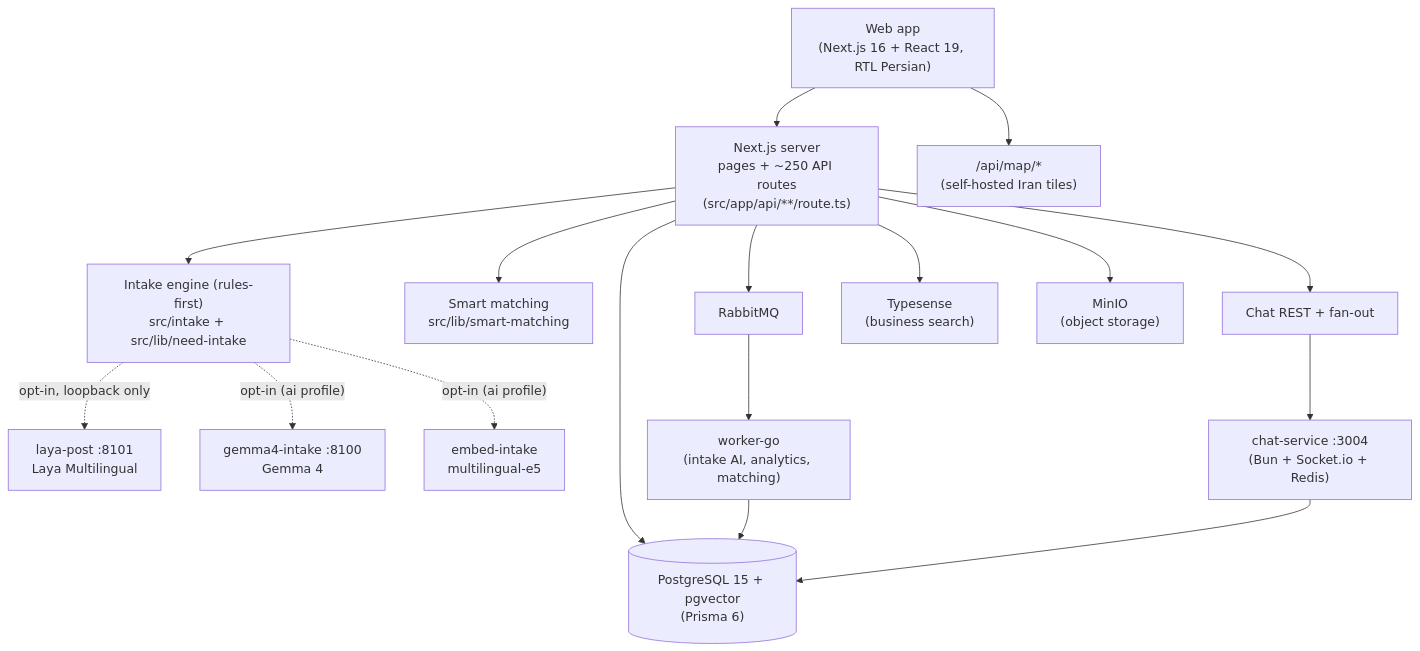
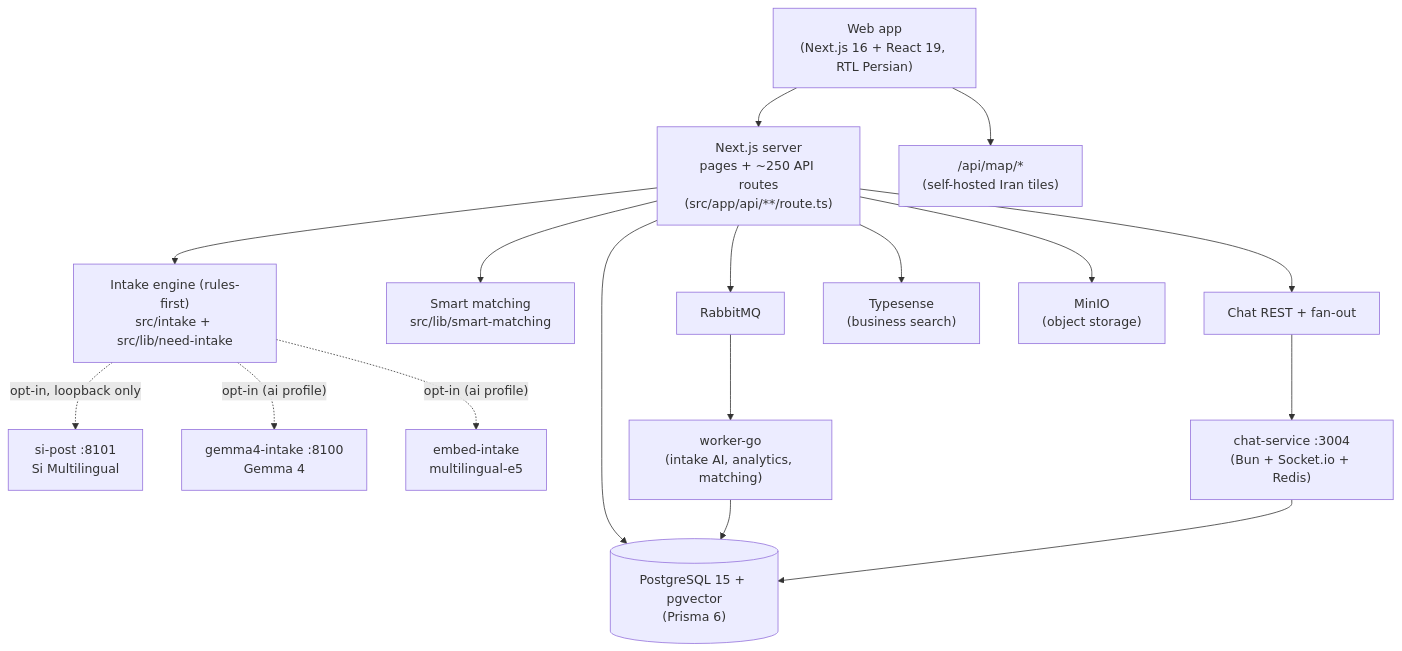
Before and after one commit to sasanappstore2/NiazFinder-main: the diagram in README.md, drawn with Mermaid. The commit also changed other lines of this file and 155 other files, not shown here.

Commit message:
refactor: rename Laya Multilingual worker to NIAZ SI (si-post)

````diff
--- a/README.md
+++ b/README.md
@@ -45,25 +56,25 @@
 ```mermaid
 flowchart TB
     Browser["Web app<br/>(Next.js 16 + React 19, RTL Persian)"] --> Next["Next.js server<br/>pages + ~250 API routes<br/>(src/app/api/**/route.ts)"]
 
     Next --> Intake["Intake engine (rules-first)<br/>src/intake + src/lib/need-intake"]
     Next --> Match["Smart matching<br/>src/lib/smart-matching"]
     Next --> ChatREST["Chat REST + fan-out"]
     Next --> DB[("PostgreSQL 15 + pgvector<br/>(Prisma 6)")]
 
-    Intake -.->|"opt-in, loopback only"| Laya["laya-post :8101<br/>Laya Multilingual"]
+    Intake -.->|"opt-in, loopback only"| Si["si-post :8101<br/>Si Multilingual"]
     Intake -.->|"opt-in (ai profile)"| Gemma["gemma4-intake :8100<br/>Gemma 4"]
     Intake -.->|"opt-in (ai profile)"| Embed["embed-intake<br/>multilingual-e5"]
 
     Next --> Queue["RabbitMQ"]
     Queue --> Worker["worker-go<br/>(intake AI, analytics, matching)"]
     Worker --> DB
 
     ChatREST --> ChatSvc["chat-service :3004<br/>(Bun + Socket.io + Redis)"]
     ChatSvc --> DB
 
     Next --> Search["Typesense<br/>(business search)"]
     Next --> Store["MinIO<br/>(object storage)"]
 
     Browser --> Tiles["/api/map/*<br/>(self-hosted Iran tiles)"]
 ```
````
